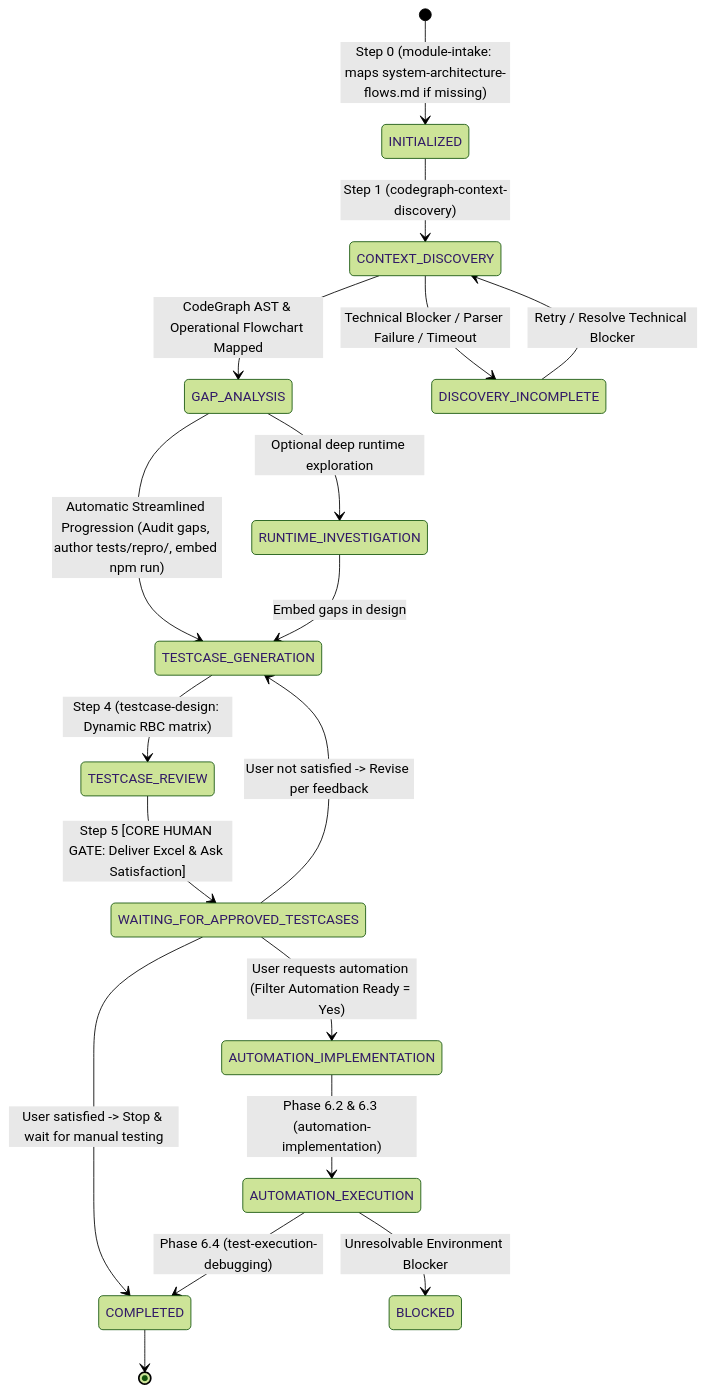
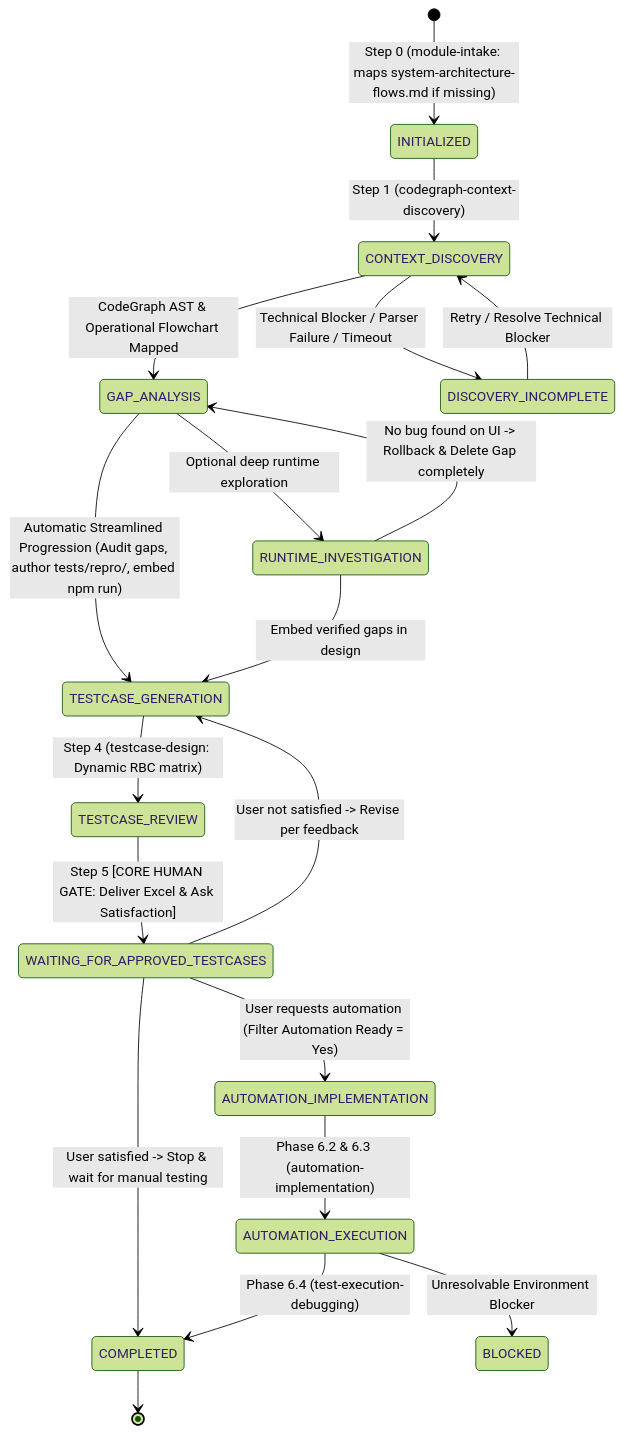
The diagram in skills/workflow-orchestrator/SKILL.md (Dang-nhut-tan/QA-skill), drawn with Mermaid (forest theme) before and after one commit. The commit also changed 3 other files, not shown here.

Commit message:
feat(quality-gate): enforce immediate gap rollback, pre-delivery smoke run and debug repro standard

````diff
--- a/skills/workflow-orchestrator/SKILL.md
+++ b/skills/workflow-orchestrator/SKILL.md
@@ -24,24 +24,25 @@
 ```mermaid
 stateDiagram-v2
     [*] --> INITIALIZED: Step 0 (module-intake: maps system-architecture-flows.md if missing)
     INITIALIZED --> CONTEXT_DISCOVERY: Step 1 (codegraph-context-discovery)
     CONTEXT_DISCOVERY --> GAP_ANALYSIS: CodeGraph AST & Operational Flowchart Mapped
     CONTEXT_DISCOVERY --> DISCOVERY_INCOMPLETE: Technical Blocker / Parser Failure / Timeout
     DISCOVERY_INCOMPLETE --> CONTEXT_DISCOVERY: Retry / Resolve Technical Blocker
     
     GAP_ANALYSIS --> TESTCASE_GENERATION: Automatic Streamlined Progression (Audit gaps, author tests/repro/, embed npm run)
     GAP_ANALYSIS --> RUNTIME_INVESTIGATION: Optional deep runtime exploration
-    RUNTIME_INVESTIGATION --> TESTCASE_GENERATION: Embed gaps in design
+    RUNTIME_INVESTIGATION --> GAP_ANALYSIS: No bug found on UI -> Rollback & Delete Gap completely
+    RUNTIME_INVESTIGATION --> TESTCASE_GENERATION: Embed verified gaps in design
     
     TESTCASE_GENERATION --> TESTCASE_REVIEW: Step 4 (testcase-design: Dynamic RBC matrix)
     TESTCASE_REVIEW --> WAITING_FOR_APPROVED_TESTCASES: Step 5 [CORE HUMAN GATE: Deliver Excel & Ask Satisfaction]
     
     WAITING_FOR_APPROVED_TESTCASES --> TESTCASE_GENERATION: User not satisfied -> Revise per feedback
     WAITING_FOR_APPROVED_TESTCASES --> COMPLETED: User satisfied -> Stop & wait for manual testing
     WAITING_FOR_APPROVED_TESTCASES --> AUTOMATION_IMPLEMENTATION: User requests automation (Filter Automation Ready = Yes)
     
     AUTOMATION_IMPLEMENTATION --> AUTOMATION_EXECUTION: Phase 6.2 & 6.3 (automation-implementation)
     AUTOMATION_EXECUTION --> COMPLETED: Phase 6.4 (test-execution-debugging)
     AUTOMATION_EXECUTION --> BLOCKED: Unresolvable Environment Blocker
     COMPLETED --> [*]
 ```
````
